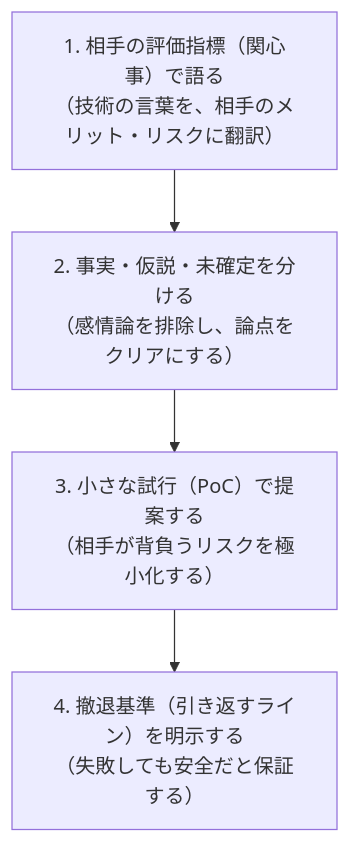
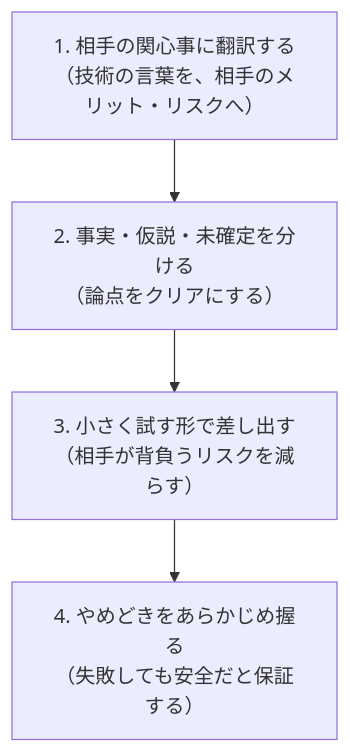
Before and after one commit to MasuqaT-NET/Zenn-contents: the diagram in books/project-management-as-dandori/7.dandori.md, drawn with Mermaid. The commit also changed other lines of this file and 7 other files, not shown here.

````diff
--- a/books/project-management-as-dandori/7.dandori.md
+++ b/books/project-management-as-dandori/7.dandori.md
@@ -52,9 +46,9 @@
 ```mermaid
 flowchart TD
-    step1["1. 相手の評価指標（関心事）で語る<br>（技術の言葉を、相手のメリット・リスクに翻訳）"]
-    step2["2. 事実・仮説・未確定を分ける<br>（感情論を排除し、論点をクリアにする）"]
-    step3["3. 小さな試行（PoC）で提案する<br>（相手が背負うリスクを極小化する）"]
-    step4["4. 撤退基準（引き返すライン）を明示する<br>（失敗しても安全だと保証する）"]
+    step1["1. 相手の関心事に翻訳する<br>（技術の言葉を、相手のメリット・リスクへ）"]
+    step2["2. 事実・仮説・未確定を分ける<br>（論点をクリアにする）"]
+    step3["3. 小さく試す形で差し出す<br>（相手が背負うリスクを減らす）"]
+    step4["4. やめどきをあらかじめ握る<br>（失敗しても安全だと保証する）"]
 
     step1 --> step2 --> step3 --> step4
 ```
````
